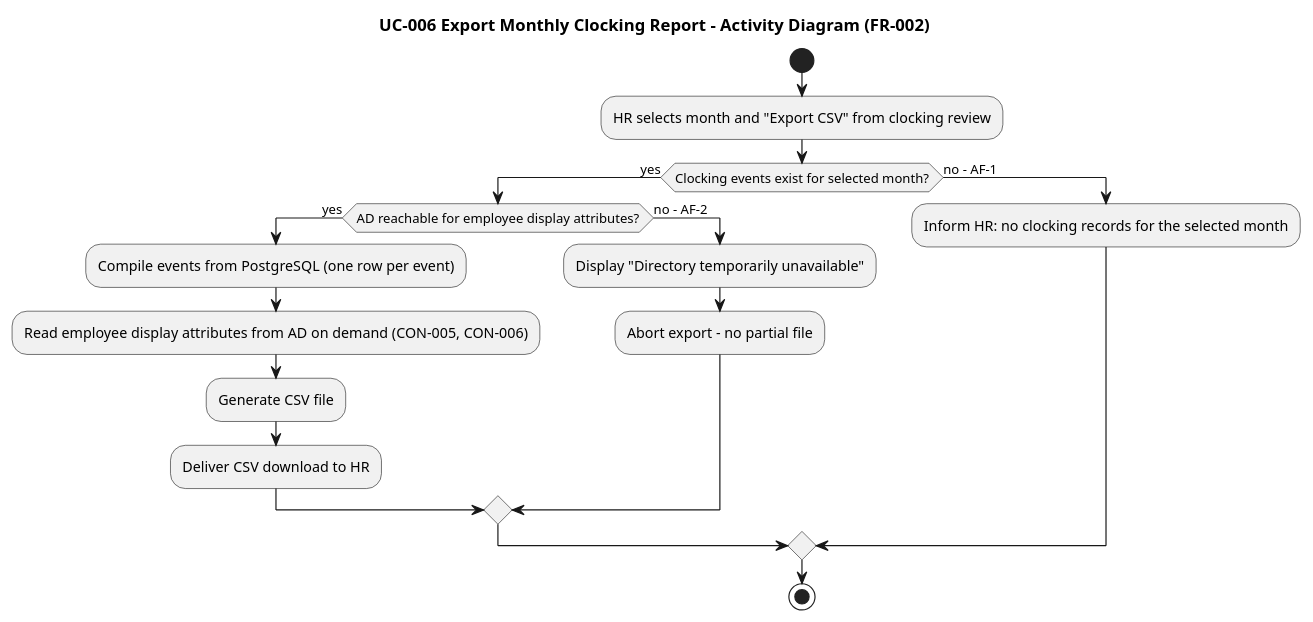
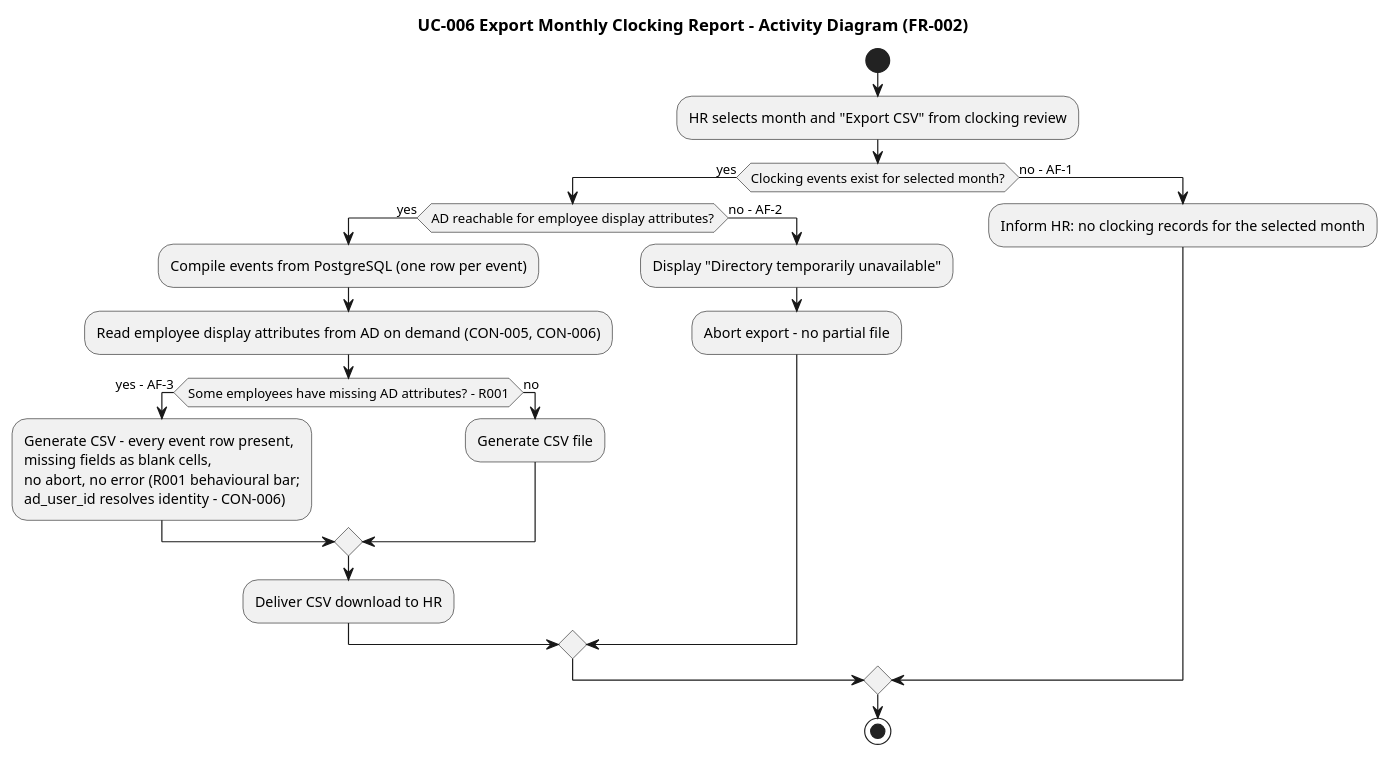
One commit to banense-test/employee-portal changed the seventh of 15 diagrams in docs/artifacts/requirements/use-case-model.md. Above: the diagram before and after it, drawn with PlantUML. The commit also changed other lines of this file, not shown here.

````diff
--- a/docs/artifacts/requirements/use-case-model.md
+++ b/docs/artifacts/requirements/use-case-model.md
@@ -483,21 +489,25 @@
 ```plantuml
 @startuml
 title UC-006 Export Monthly Clocking Report - Activity Diagram (FR-002)
 start
 :HR selects month and "Export CSV" from clocking review;
 if (Clocking events exist for selected month?) then (yes)
   if (AD reachable for employee display attributes?) then (yes)
     :Compile events from PostgreSQL (one row per event);
     :Read employee display attributes from AD on demand (CON-005, CON-006);
-    :Generate CSV file;
+    if (Some employees have missing AD attributes? - R001) then (yes - AF-3)
+      :Generate CSV - every event row present,\nmissing fields as blank cells,\nno abort, no error (R001 behavioural bar;\nad_user_id resolves identity - CON-006);
+    else (no)
+      :Generate CSV file;
+    endif
     :Deliver CSV download to HR;
   else (no - AF-2)
     :Display "Directory temporarily unavailable";
     :Abort export - no partial file;
   endif
 else (no - AF-1)
   :Inform HR: no clocking records for the selected month;
 endif
 stop
 @enduml
 ```
````
